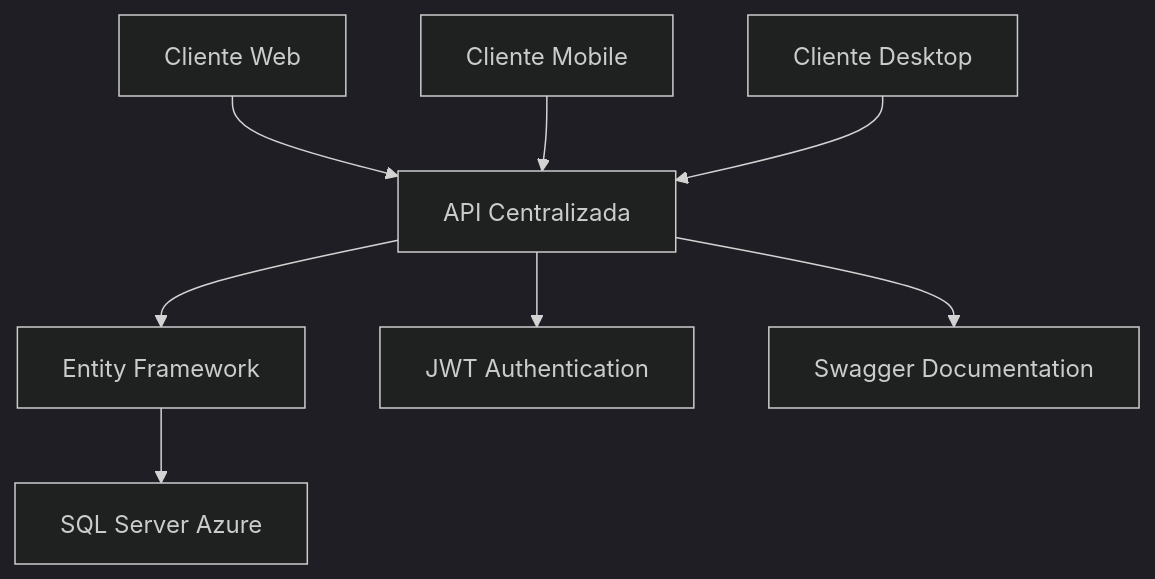
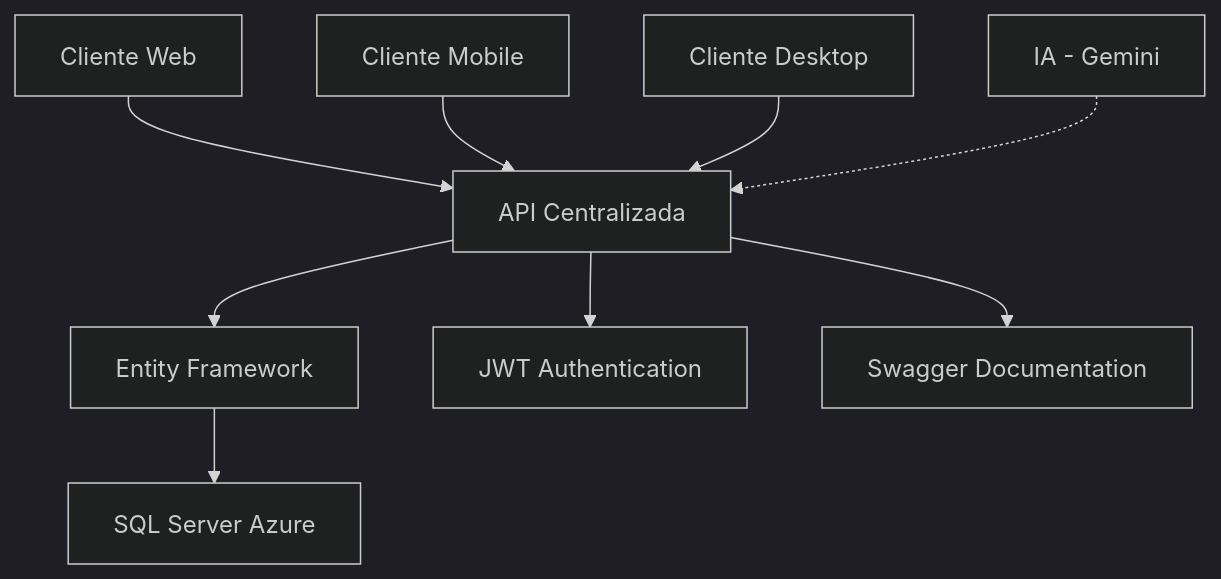
Before and after one commit to gabrielods14/suporte-tecnico-sistema: the first of 2 diagrams in api/ApiParaBD/README.md, drawn with Mermaid (dark theme). The commit also changed other lines of this file and 6 other files, not shown here.

````diff
--- a/api/ApiParaBD/README.md
+++ b/api/ApiParaBD/README.md
@@ -58,10 +60,11 @@
 ```mermaid
 graph TD
     A[Cliente Web] --> B[API Centralizada]
     C[Cliente Mobile] --> B
     D[Cliente Desktop] --> B
     B --> E[Entity Framework]
     E --> F[SQL Server Azure]
     B --> G[JWT Authentication]
     B --> H[Swagger Documentation]
+    I[IA - Gemini] -.-> B
 ```
````
